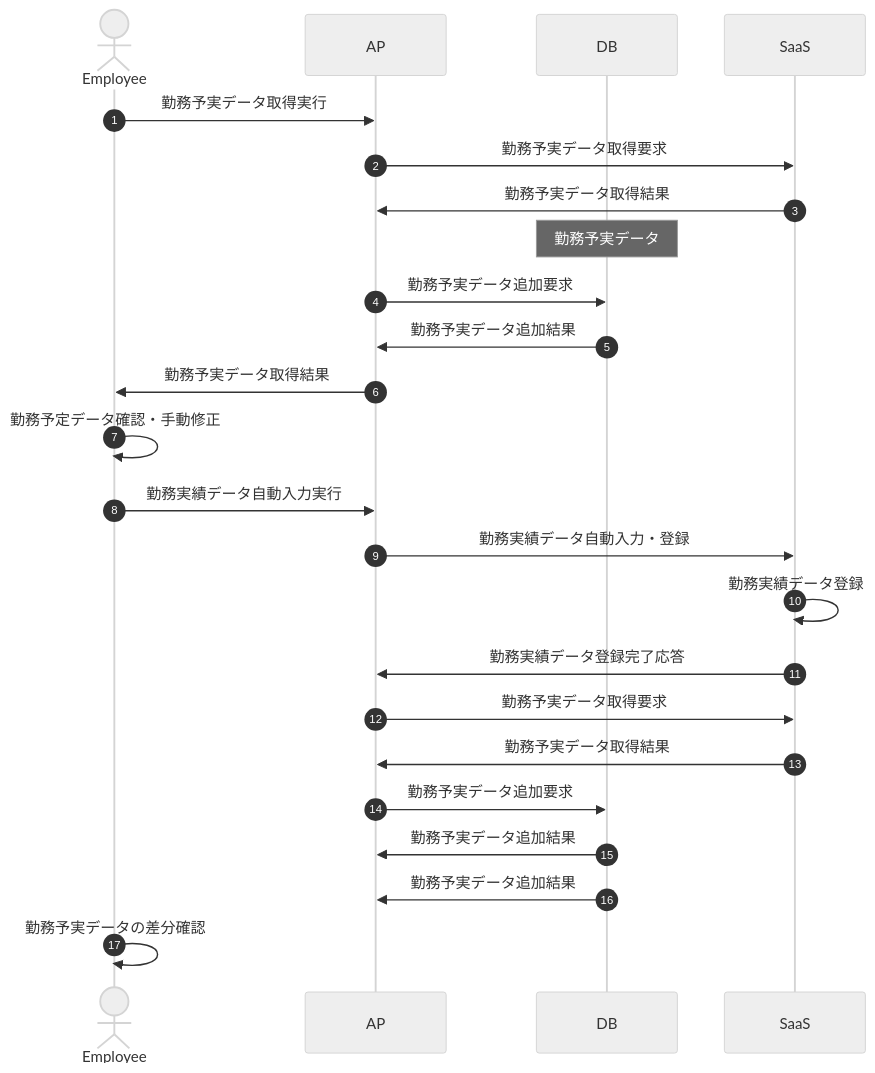
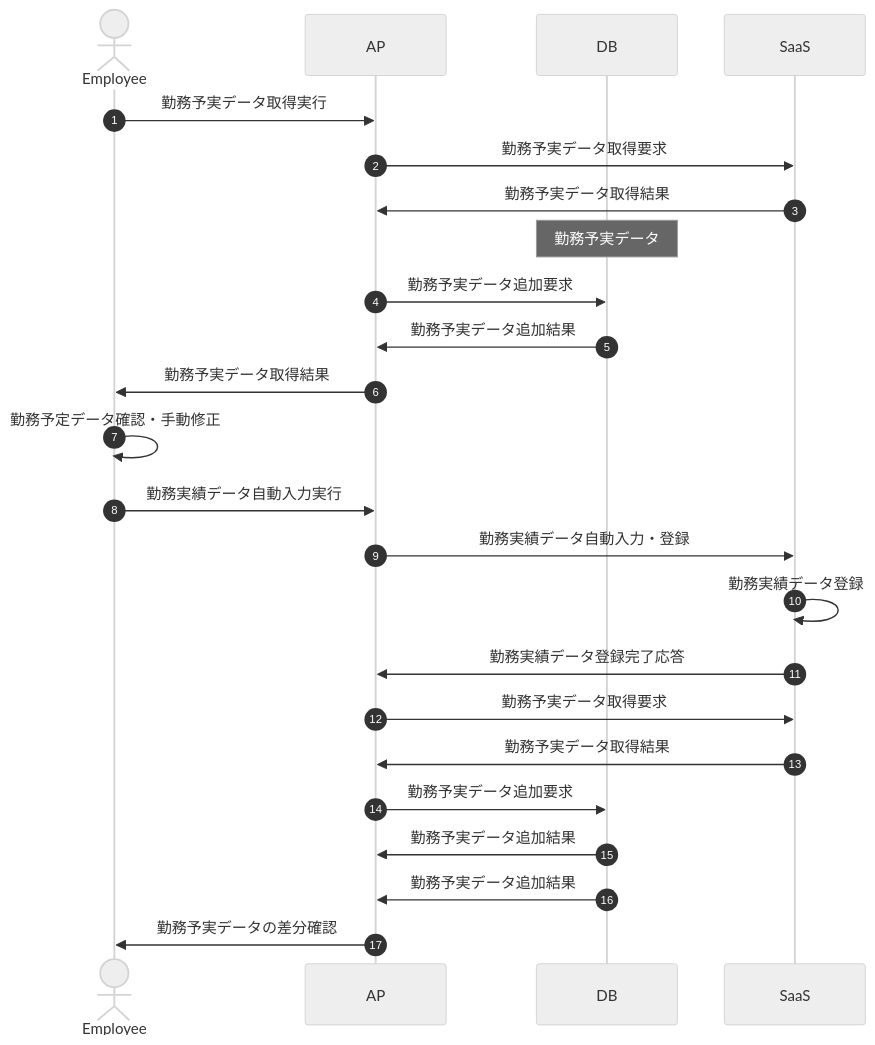
The first of 2 diagrams in DESIGN.md (shuntaron/original-product), drawn with Mermaid (neutral theme) before and after one commit.

````diff
--- a/DESIGN.md
+++ b/DESIGN.md
@@ -6,26 +6,26 @@
 ```mermaid
 sequenceDiagram
   autoNumber
   actor em as Employee
   participant ap as AP
   participant db as DB
   participant ss as SaaS
   em->>ap: 勤務予実データ取得実行
   ap->>ss: 勤務予実データ取得要求
   ss->>ap: 勤務予実データ取得結果
   Note over db: 勤務予実データ
   ap->>db: 勤務予実データ追加要求
   db->>ap: 勤務予実データ追加結果
   ap->>em: 勤務予実データ取得結果
   em->>em: 勤務予定データ確認・手動修正
   em->>ap: 勤務実績データ自動入力実行
   ap->>ss: 勤務実績データ自動入力・登録
   ss->>ss: 勤務実績データ登録
   ss->>ap: 勤務実績データ登録完了応答
   ap->>ss: 勤務予実データ取得要求
   ss->>ap: 勤務予実データ取得結果
   ap->>db: 勤務予実データ追加要求
   db->>ap: 勤務予実データ追加結果
   db->>ap: 勤務予実データ追加結果
-  em->>em: 勤務予実データの差分確認
+  ap->>em: 勤務予実データの差分確認
 ```
````
